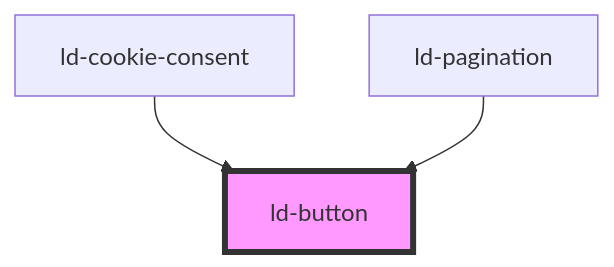
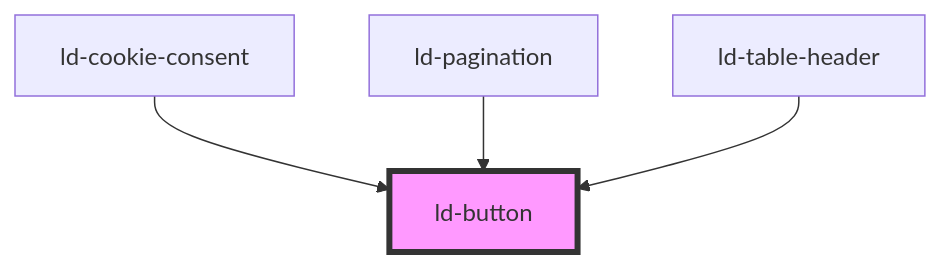
Before and after one commit to emdgroup-liquid/liquid: the diagram in src/liquid/components/ld-button/readme.md, drawn with Mermaid. The commit also changed other lines of this file and 56 other files, not shown here.

````diff
--- a/src/liquid/components/ld-button/readme.md
+++ b/src/liquid/components/ld-button/readme.md
@@ -570,6 +571,7 @@
 ```mermaid
 graph TD;
   ld-cookie-consent --> ld-button
   ld-pagination --> ld-button
+  ld-table-header --> ld-button
   style ld-button fill:#f9f,stroke:#333,stroke-width:4px
 ```
````
